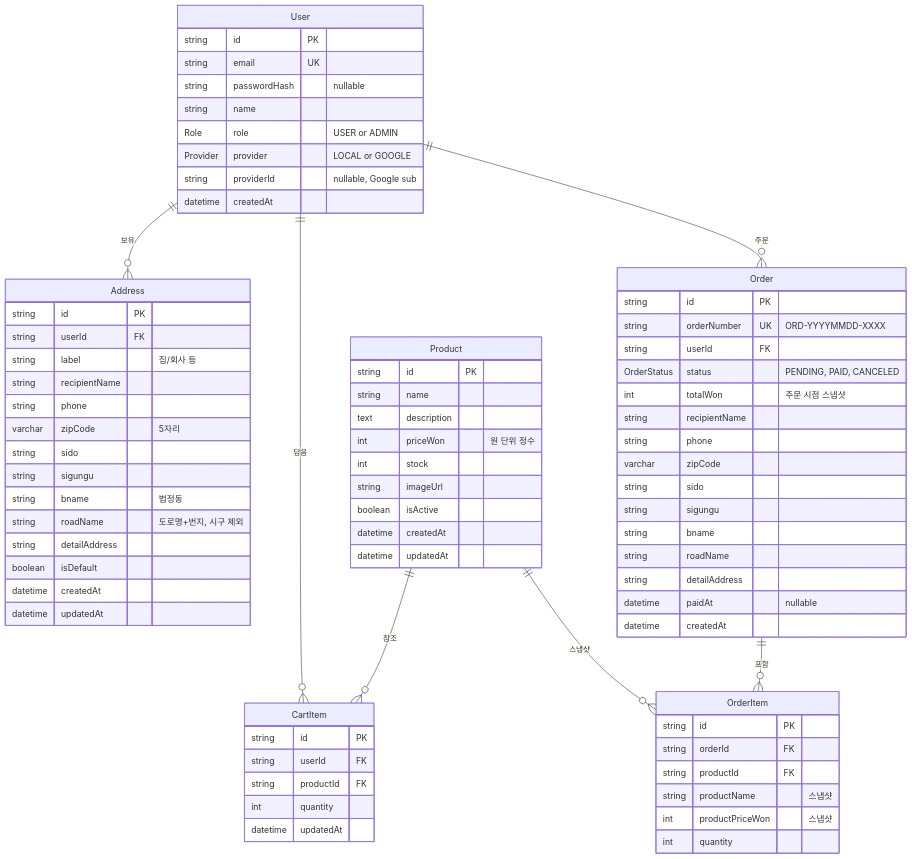
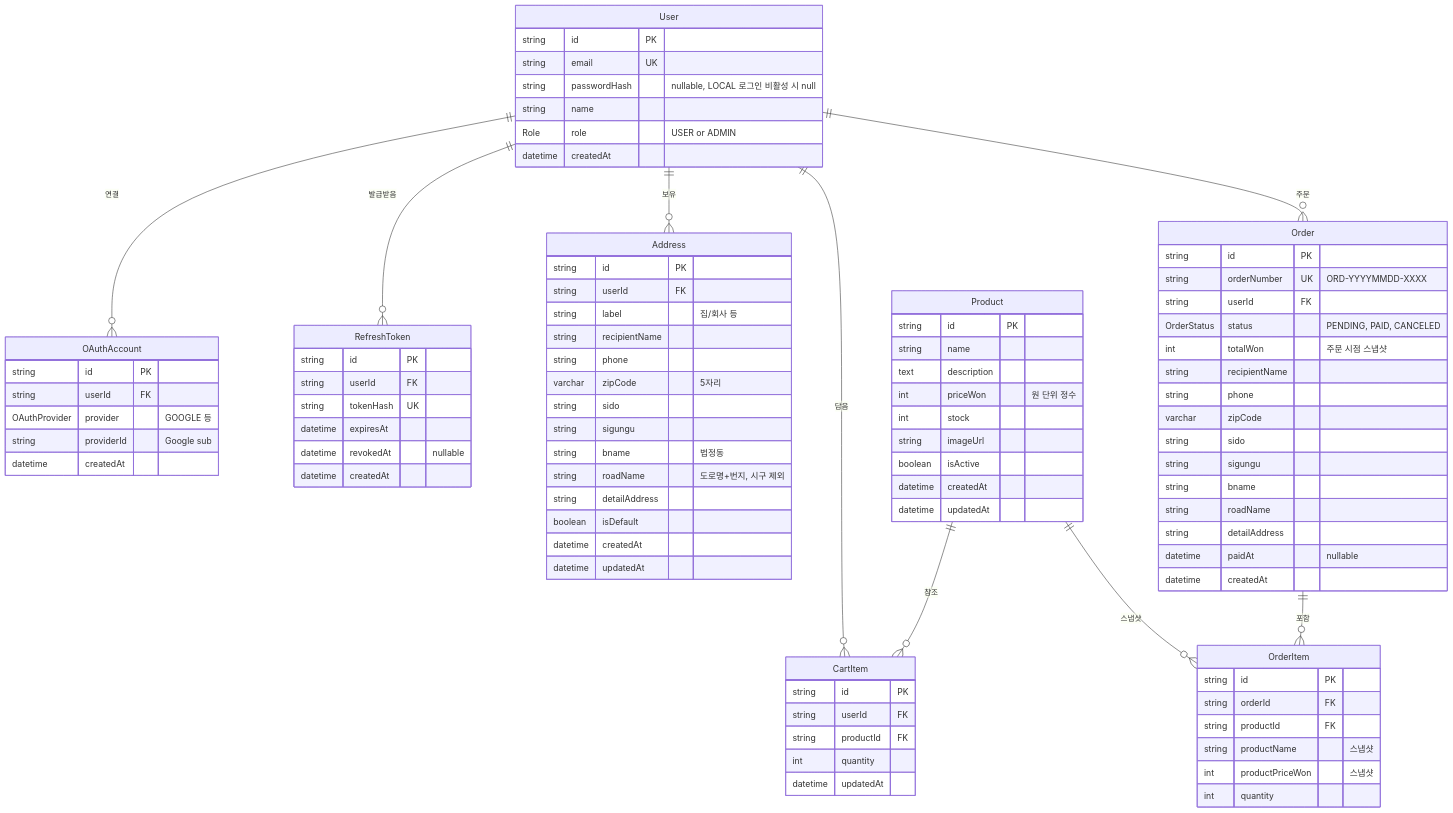
One commit to luckyhyom/goods-mall changed the diagram in docs/superpowers/specs/2026-05-27-goods-mall-design.md. Above: the diagram before and after it, drawn with Mermaid. The commit also changed other lines of this file, not shown here.

````diff
--- a/docs/superpowers/specs/2026-05-27-goods-mall-design.md
+++ b/docs/superpowers/specs/2026-05-27-goods-mall-design.md
@@ -145,5 +145,7 @@
 ```mermaid
 erDiagram
+    User ||--o{ OAuthAccount : "연결"
+    User ||--o{ RefreshToken : "발급받음"
     User ||--o{ Address : "보유"
     User ||--o{ CartItem : "담음"
     User ||--o{ Order : "주문"
@@ -154,11 +156,26 @@
     User {
         string id PK
         string email UK
-        string passwordHash "nullable"
+        string passwordHash "nullable, LOCAL 로그인 비활성 시 null"
         string name
         Role role "USER or ADMIN"
-        Provider provider "LOCAL or GOOGLE"
-        string providerId "nullable, Google sub"
+        datetime createdAt
+    }
+
+    OAuthAccount {
+        string id PK
+        string userId FK
+        OAuthProvider provider "GOOGLE 등"
+        string providerId "Google sub"
+        datetime createdAt
+    }
+
+    RefreshToken {
+        string id PK
+        string userId FK
+        string tokenHash UK
+        datetime expiresAt
+        datetime revokedAt "nullable"
         datetime createdAt
     }
 
````
